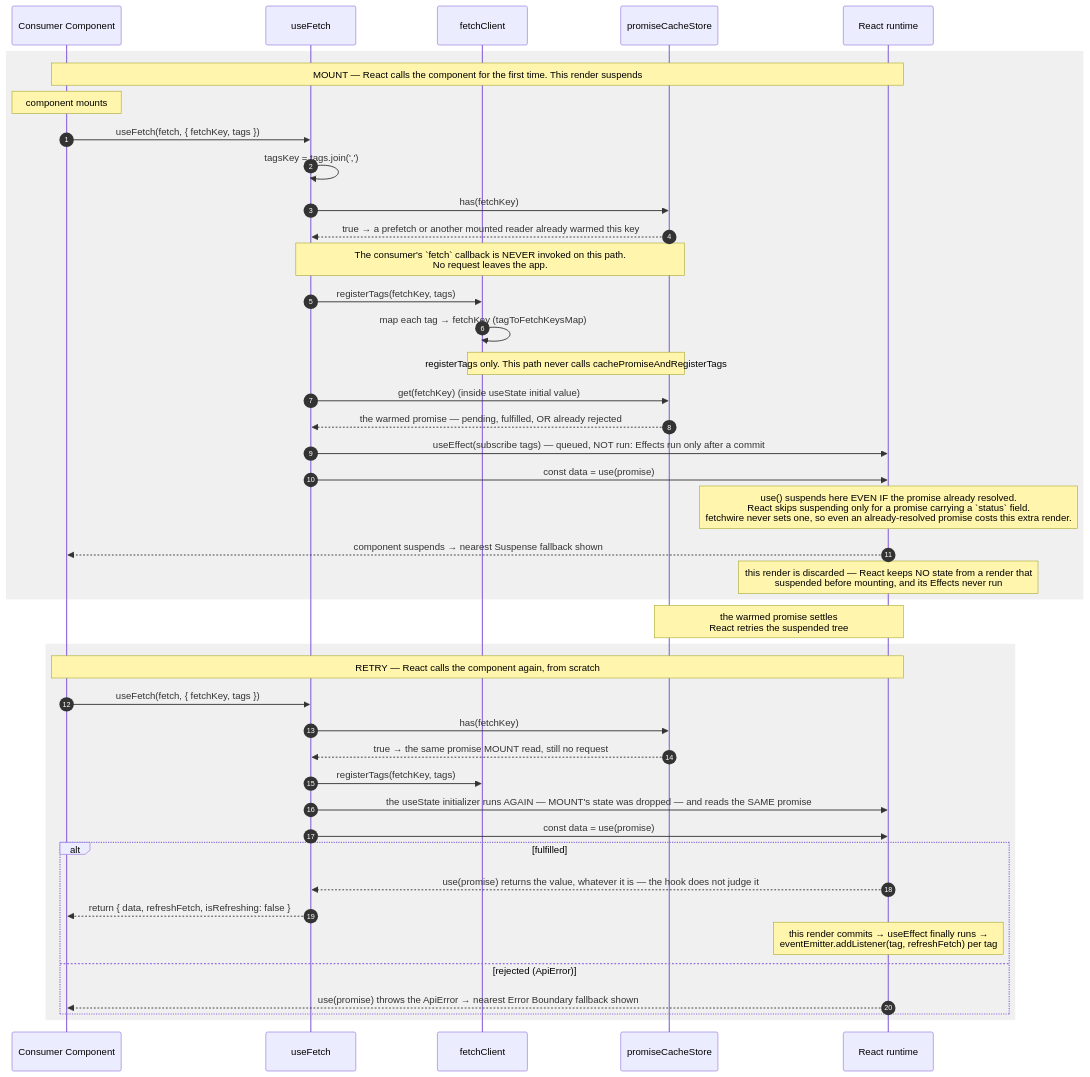
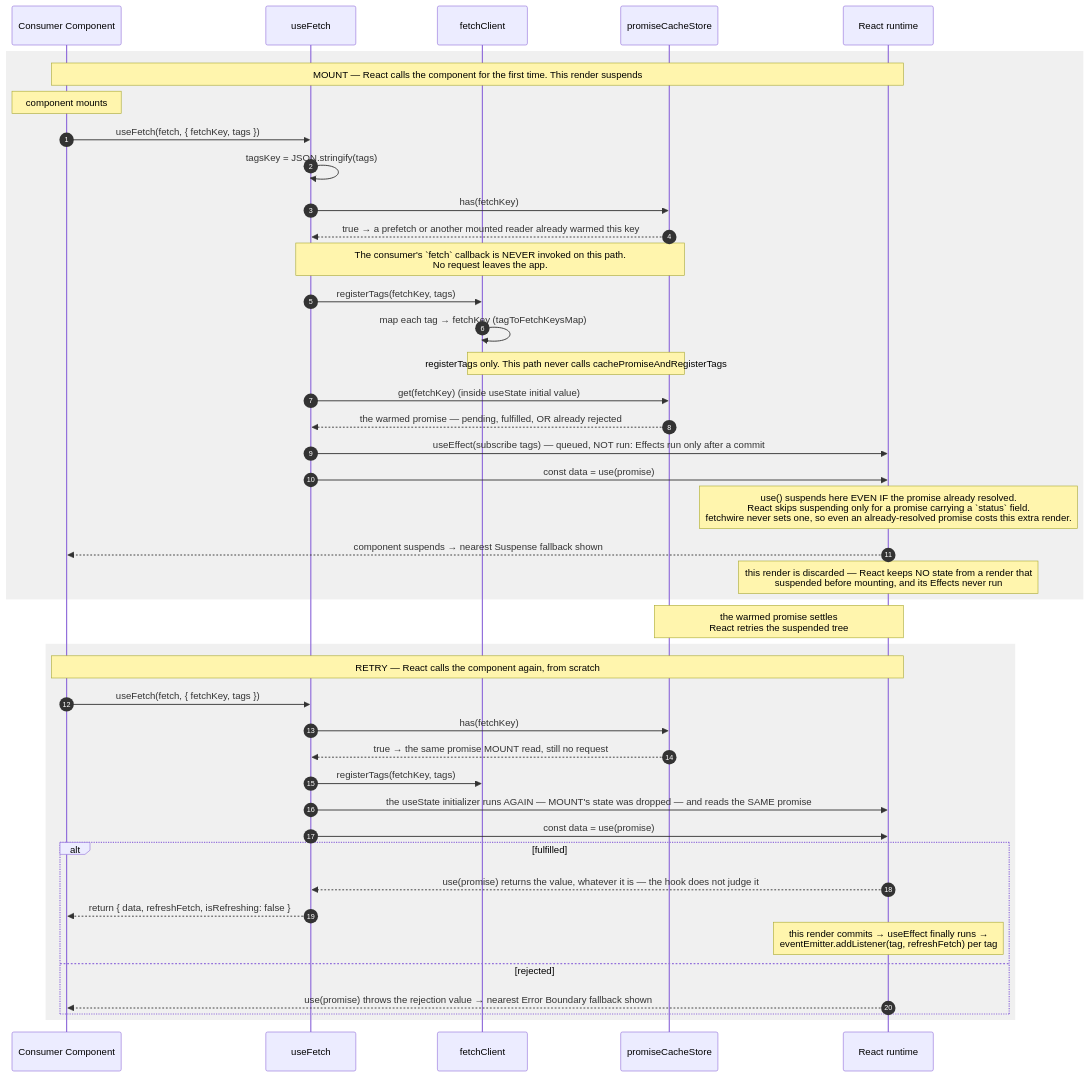
The second of 5 diagrams in docs/architecture/USE-FETCH-FLOW.md (chuhaiphu/fetchwire), drawn with Mermaid before and after one commit. The commit also changed other lines of this file and 29 other files, not shown here.

````diff
--- a/docs/architecture/USE-FETCH-FLOW.md
+++ b/docs/architecture/USE-FETCH-FLOW.md
@@ -57,52 +57,52 @@
 ```mermaid
 sequenceDiagram
     autonumber
     participant Cmp as Consumer Component
     participant H as useFetch
     participant FC as fetchClient
     participant Cache as promiseCacheStore
     participant React as React runtime
 
     rect rgba(128,128,128,0.12)
         Note over Cmp,React: MOUNT — React calls the component for the first time. This render suspends
         Note over Cmp: component mounts
         Cmp->>H: useFetch(fetch, { fetchKey, tags })
-        H->>H: tagsKey = tags.join(',')
+        H->>H: tagsKey = JSON.stringify(tags)
         H->>Cache: has(fetchKey)
         Cache-->>H: true → a prefetch or another mounted reader already warmed this key
 
         Note over H,Cache: The consumer's `fetch` callback is NEVER invoked on this path.<br/>No request leaves the app.
         H->>FC: registerTags(fetchKey, tags)
         FC->>FC: map each tag → fetchKey (tagToFetchKeysMap)
 
         Note over FC,Cache: registerTags only. This path never calls cachePromiseAndRegisterTags
         H->>Cache: get(fetchKey)  (inside useState initial value)
         Cache-->>H: the warmed promise — pending, fulfilled, OR already rejected
         H->>React: useEffect(subscribe tags) — queued, NOT run: Effects run only after a commit
         H->>React: const data = use(promise)
 
         Note over React: use() suspends here EVEN IF the promise already resolved.<br/>React skips suspending only for a promise carrying a `status` field.<br/>fetchwire never sets one, so even an already-resolved promise costs this extra render.
         React-->>Cmp: component suspends → nearest Suspense fallback shown
         Note over React: this render is discarded — React keeps NO state from a render that<br/>suspended before mounting, and its Effects never run
     end
 
     Note over Cache,React: the warmed promise settles<br/>React retries the suspended tree
 
     rect rgba(128,128,128,0.12)
         Note over Cmp,React: RETRY — React calls the component again, from scratch
         Cmp->>H: useFetch(fetch, { fetchKey, tags })
         H->>Cache: has(fetchKey)
         Cache-->>H: true → the same promise MOUNT read, still no request
         H->>FC: registerTags(fetchKey, tags)
         H->>React: the useState initializer runs AGAIN — MOUNT's state was dropped — and reads the SAME promise
         H->>React: const data = use(promise)
 
         alt fulfilled
             React-->>H: use(promise) returns the value, whatever it is — the hook does not judge it
             H-->>Cmp: return { data, refreshFetch, isRefreshing: false }
             Note over React: this render commits → useEffect finally runs →<br/>eventEmitter.addListener(tag, refreshFetch) per tag
-        else rejected (ApiError)
-            React-->>Cmp: use(promise) throws the ApiError → nearest Error Boundary fallback shown
+        else rejected
+            React-->>Cmp: use(promise) throws the rejection value → nearest Error Boundary fallback shown
         end
     end
 ```
````
